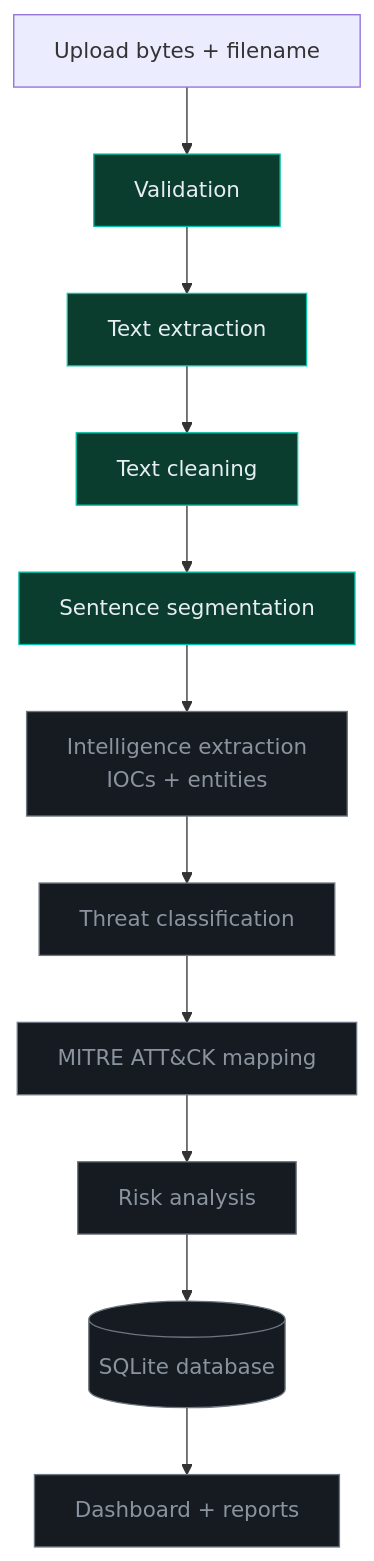
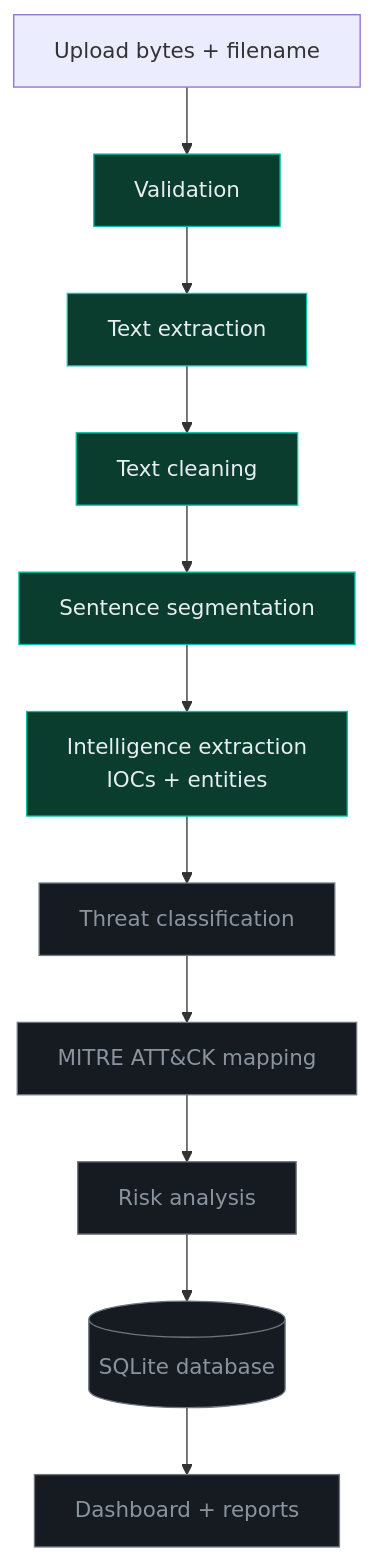
The first of 2 diagrams in docs/architecture.md (zainmatloob-cyber/CYBERSLEUTH), drawn with Mermaid before and after one commit. The commit also changed other lines of this file and 11 other files, not shown here.

````diff
--- a/docs/architecture.md
+++ b/docs/architecture.md
@@ -8,18 +8,18 @@
 ```mermaid
 flowchart TD
     U[Upload bytes + filename] --> V[Validation]
     V --> X[Text extraction]
     X --> C[Text cleaning]
     C --> S[Sentence segmentation]
     S --> I[Intelligence extraction<br/>IOCs + entities]
     I --> T[Threat classification]
     T --> M[MITRE ATT&CK mapping]
     M --> R[Risk analysis]
     R --> D[(SQLite database)]
     D --> UI[Dashboard + reports]
 
     classDef done fill:#0b3d2e,stroke:#00c2a8,color:#e6edf3
     classDef todo fill:#161b22,stroke:#6e7681,color:#8b949e
-    class V,X,C,S done
-    class I,T,M,R,D,UI todo
+    class V,X,C,S,I done
+    class T,M,R,D,UI todo
 ```
````
